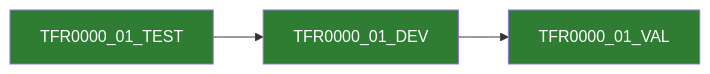
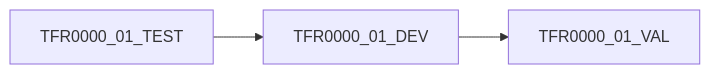
The diagram in docs/design/tickets-initial.md (mcelhennyi/Finance), drawn with Mermaid before and after one commit. The commit also changed 22 other files, not shown here.

````diff
--- a/docs/design/tickets-initial.md
+++ b/docs/design/tickets-initial.md
@@ -27,8 +27,7 @@
 ```mermaid
 graph LR
   TFR0000_01_TEST[TFR0000_01_TEST] --> TFR0000_01_DEV[TFR0000_01_DEV]
   TFR0000_01_DEV --> TFR0000_01_VAL[TFR0000_01_VAL]
 
   classDef triadDone fill:#2e7d32,color:#fff
-  class TFR0000_01_TEST,TFR0000_01_DEV,TFR0000_01_VAL triadDone
 ```
````
